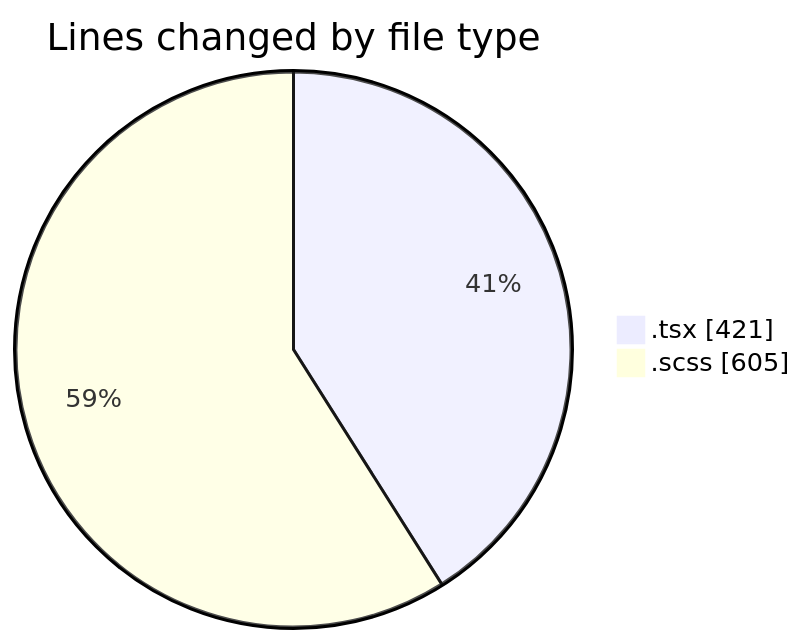
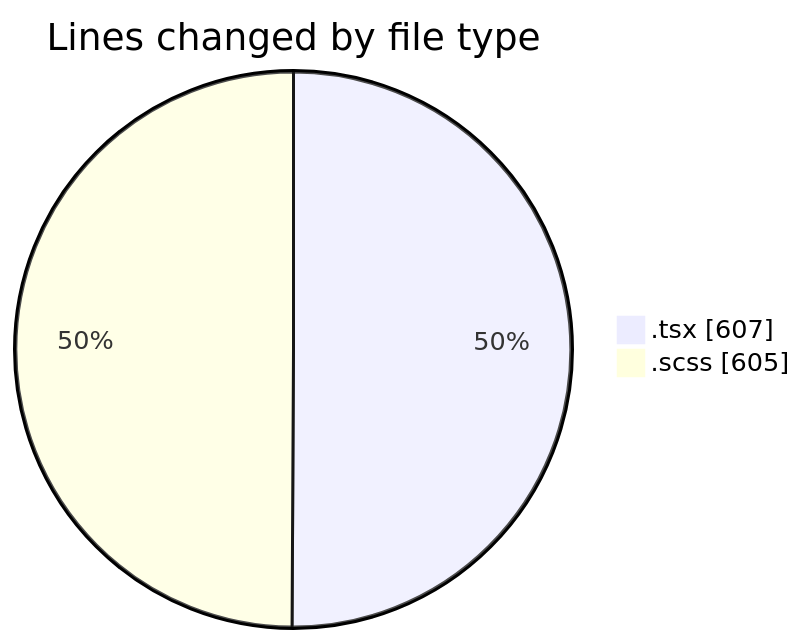
The first of 2 diagrams in 2025-03-27/cda/README.md (momahboobian/code-tracking), drawn with Mermaid before and after one commit. The commit also changed other lines of this file and 1 other file, not shown here.

````diff
--- a/2025-03-27/cda/README.md
+++ b/2025-03-27/cda/README.md
@@ -21,6 +21,6 @@
 ```mermaid
 pie showData
 title Lines changed by file type
-".tsx" : 421
+".tsx" : 607
 ".scss" : 605
 ```
````
